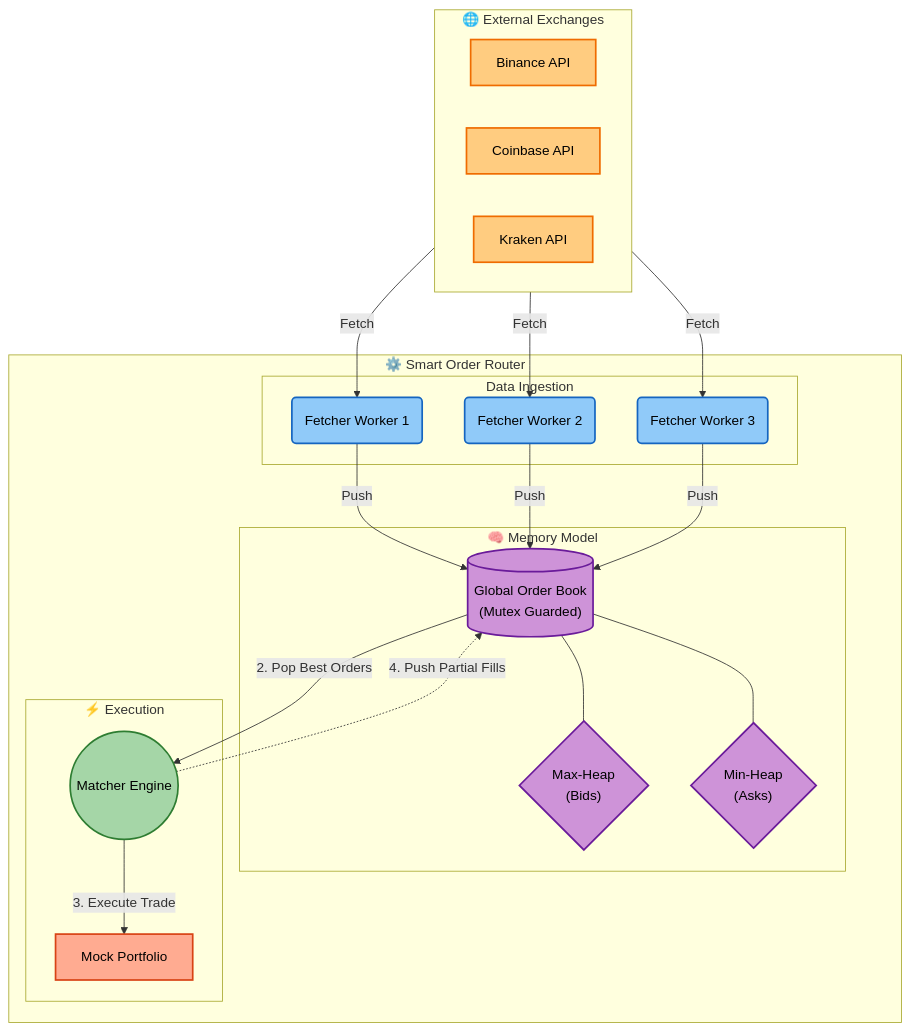
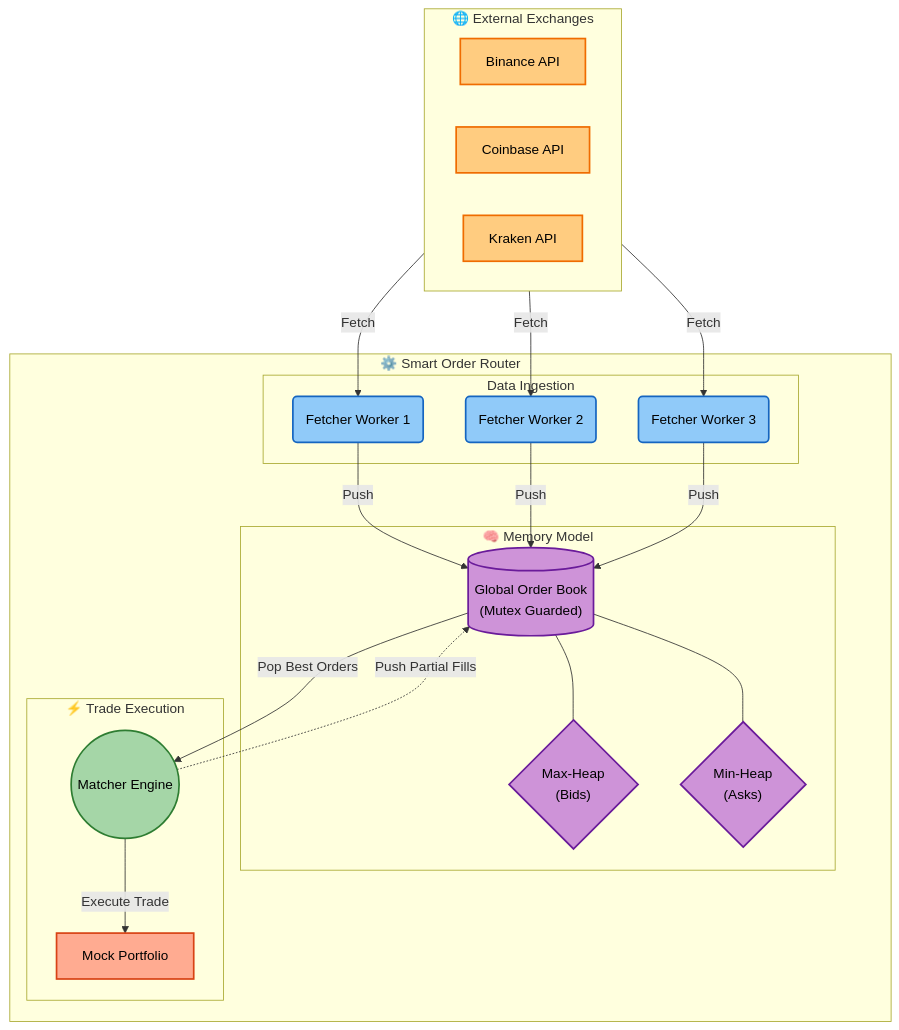
The diagram in README.md (koralkulacoglu/smart-order-router), drawn with Mermaid before and after one commit.

Commit message:
style: update README graph

````diff
--- a/README.md
+++ b/README.md
@@ -11,52 +11,52 @@
 ```mermaid
 graph TD
     %% Styling - High Contrast
     classDef api fill:#ffcc80,stroke:#ef6c00,stroke-width:2px,color:#000;
     classDef internal fill:#90caf9,stroke:#1565c0,stroke-width:2px,color:#000;
     classDef storage fill:#ce93d8,stroke:#6a1b9a,stroke-width:2px,color:#000;
     classDef logic fill:#a5d6a7,stroke:#2e7d32,stroke-width:2px,color:#000;
     classDef exec fill:#ffab91,stroke:#d84315,stroke-width:2px,color:#000;
 
     subgraph External [🌐 External Exchanges]
         direction LR
         Binance[Binance API]:::api
         Coinbase[Coinbase API]:::api
         Kraken[Kraken API]:::api
     end
 
-    subgraph App [⚙️ Smart Order Router]
+    subgraph SOR_Engine [⚙️ Smart Order Router]
 
-        subgraph Producers [Data Ingestion]
+        subgraph Ingestion [Data Ingestion]
             F1(Fetcher Worker 1):::internal
             F2(Fetcher Worker 2):::internal
             F3(Fetcher Worker 3):::internal
         end
 
-        subgraph Store [🧠 Memory Model]
+        subgraph Aggregator [🧠 Memory Model]
             GOB[("Global Order Book<br/>(Mutex Guarded)")]:::storage
             Bids{"Max-Heap<br/>(Bids)"}:::storage
             Asks{"Min-Heap<br/>(Asks)"}:::storage
         end
 
-        subgraph Consumer [⚡ Execution]
+        subgraph Execution [⚡ Trade Execution]
             Matcher((Matcher Engine)):::logic
             Portfolio[Mock Portfolio]:::exec
         end
     end
 
     %% Connections
     Binance -->|Fetch| F1
     Coinbase -->|Fetch| F2
     Kraken -->|Fetch| F3
 
     F1 -->|Push| GOB
     F2 -->|Push| GOB
     F3 -->|Push| GOB
 
     GOB --- Bids
     GOB --- Asks
-    GOB -->|2. Pop Best Orders| Matcher
+    GOB -->|Pop Best Orders| Matcher
 
-    Matcher -->|3. Execute Trade| Portfolio
-    Matcher -.->|4. Push Partial Fills| GOB
+    Matcher -->|Execute Trade| Portfolio
+    Matcher -.->|Push Partial Fills| GOB
 ```
````
